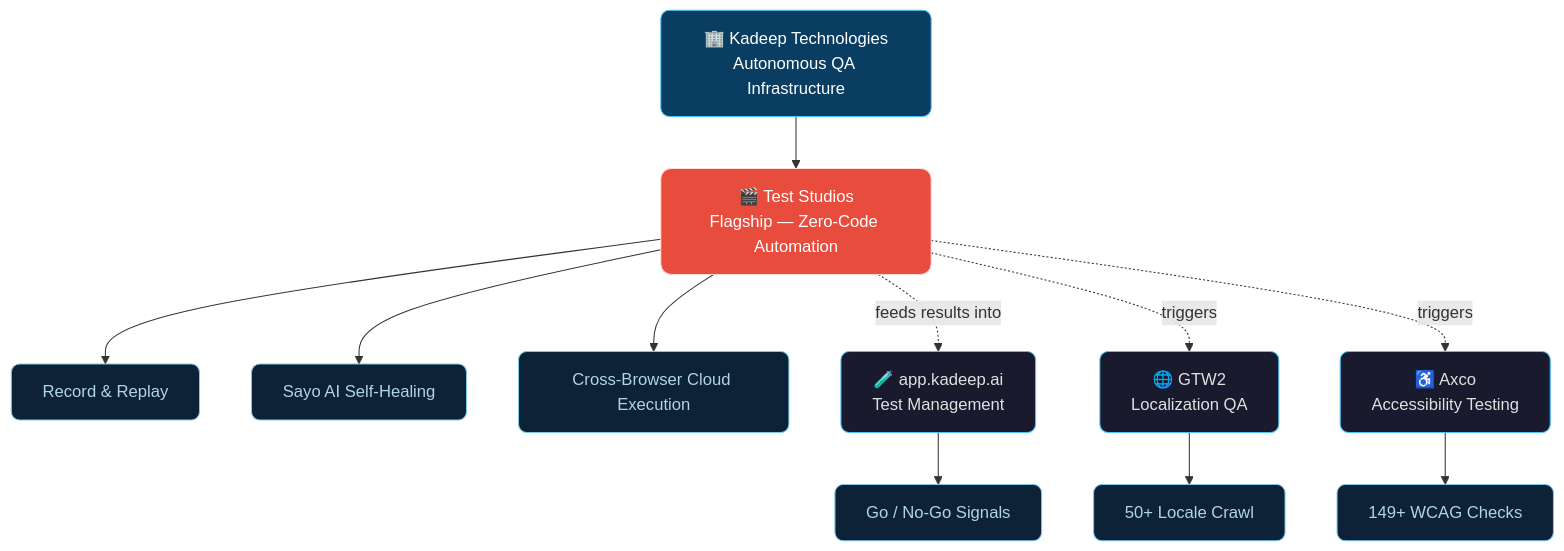
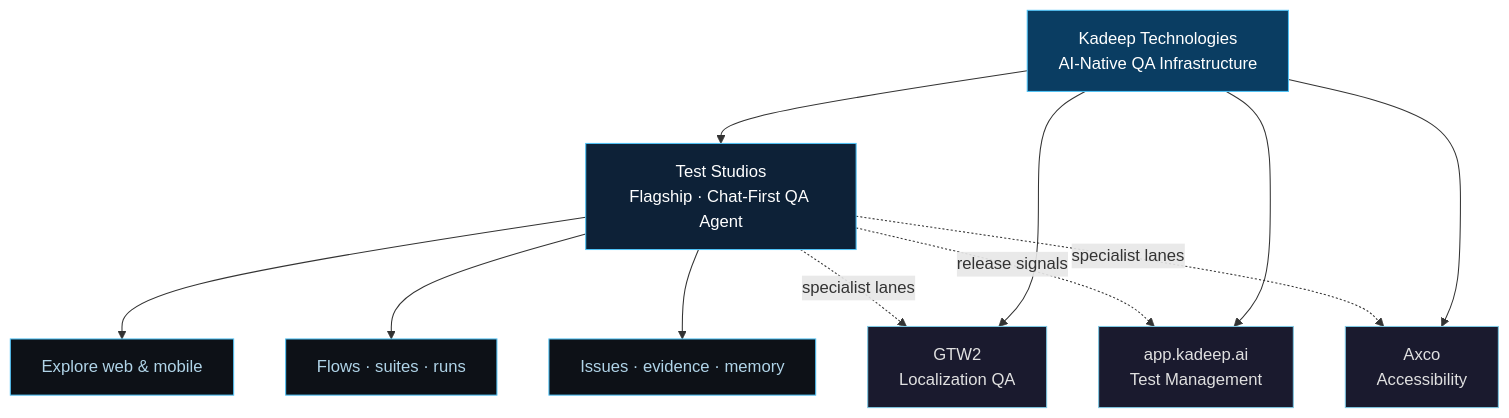
The first of 3 diagrams in profile/README.md (kadeep-ai/.github), drawn with Mermaid before and after one commit. The commit also changed other lines of this file, not shown here.

````diff
--- a/profile/README.md
+++ b/profile/README.md
@@ -96,22 +89,23 @@
 ```mermaid
 graph TB
-    classDef flagship fill:#e74c3c,stroke:#ffdcdc,color:#ffffff,rx:10
-    classDef platform fill:#0a3d62,stroke:#4FC3F7,color:#ffffff,rx:8
-    classDef product fill:#1a1a2e,stroke:#4FC3F7,color:#e0e0e0,rx:8
-    classDef agent fill:#0d2137,stroke:#7ec8e3,color:#b0d4e8,rx:8
+    classDef platform fill:#0a3d62,stroke:#4FC3F7,color:#ffffff
+    classDef flagship fill:#0d2137,stroke:#4FC3F7,color:#ffffff
+    classDef support fill:#1a1a2e,stroke:#7ec8e3,color:#e0e0e0
+    classDef capability fill:#0d1117,stroke:#4FC3F7,color:#b0d4e8
 
-    K["🏢 Kadeep Technologies<br/>Autonomous QA Infrastructure"]:::platform
+    K["Kadeep Technologies<br/>AI-Native QA Infrastructure"]:::platform
 
-    K --> TS["🎬 Test Studios<br/>Flagship — Zero-Code Automation"]:::flagship
-    TS --> D1["Record & Replay"]:::agent
-    TS --> D2["Sayo AI Self-Healing"]:::agent
-    TS --> D3["Cross-Browser Cloud Execution"]:::agent
+    K --> TS["Test Studios<br/>Flagship · Chat-First QA Agent"]:::flagship
 
-    TS -. feeds results into .-> TM["🧪 app.kadeep.ai<br/>Test Management"]:::product
-    TS -. triggers .-> LQ["🌐 GTW2<br/>Localization QA"]:::product
-    TS -. triggers .-> AX["♿ Axco<br/>Accessibility Testing"]:::product
+    TS --> C1["Explore web & mobile"]:::capability
+    TS --> C2["Flows · suites · runs"]:::capability
+    TS --> C3["Issues · evidence · memory"]:::capability
 
-    TM --> A1["Go / No-Go Signals"]:::agent
-    LQ --> B1["50+ Locale Crawl"]:::agent
-    AX --> C1["149+ WCAG Checks"]:::agent
+    K --> TM["app.kadeep.ai<br/>Test Management"]:::support
+    K --> LQ["GTW2<br/>Localization QA"]:::support
+    K --> AX["Axco<br/>Accessibility"]:::support
+
+    TS -.->|specialist lanes| LQ
+    TS -.->|specialist lanes| AX
+    TS -.->|release signals| TM
 ```
````
